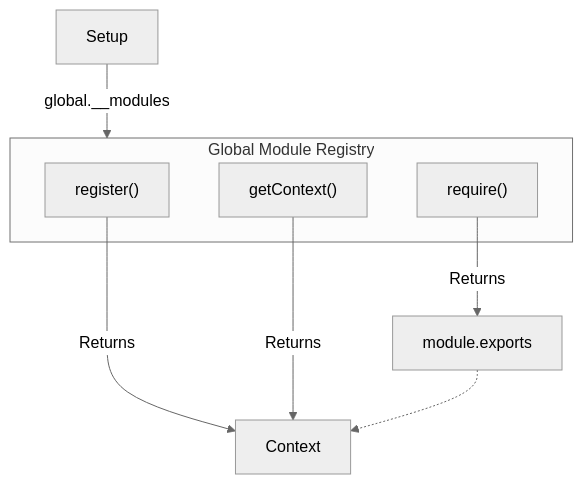
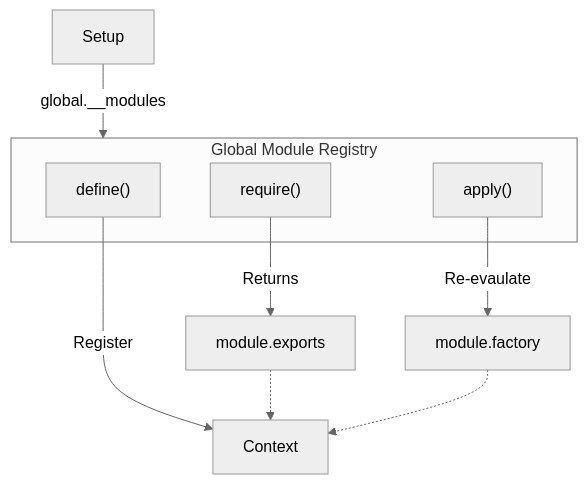
Before and after one commit to leegeunhyeok/global-modules: the first of 2 diagrams in packages/runtime/SPECIFICATION.md, drawn with Mermaid (neutral theme). The commit also changed other lines of this file, not shown here.

````diff
--- a/packages/runtime/SPECIFICATION.md
+++ b/packages/runtime/SPECIFICATION.md
@@ -7,16 +7,17 @@
 ```mermaid
 flowchart
     Setup --> |global.__modules| Registry
 
     subgraph Registry["Global Module Registry"]
-    Reg["register()"]
-    Get["getContext()"]
+    Def["define()"]
     Req["require()"]
+    Apl["apply()"]
     end
 
-    Reg -- Returns --> Context
-    Get -- Returns --> Context
+    Def -- Register --> Context
     Req -- Returns --> Exports["module.exports"]
+    Apl -- Re-evaulate --> Factory["module.factory"]
 
     Exports -.-> Context
+    Factory -.-> Context
 ```
````
